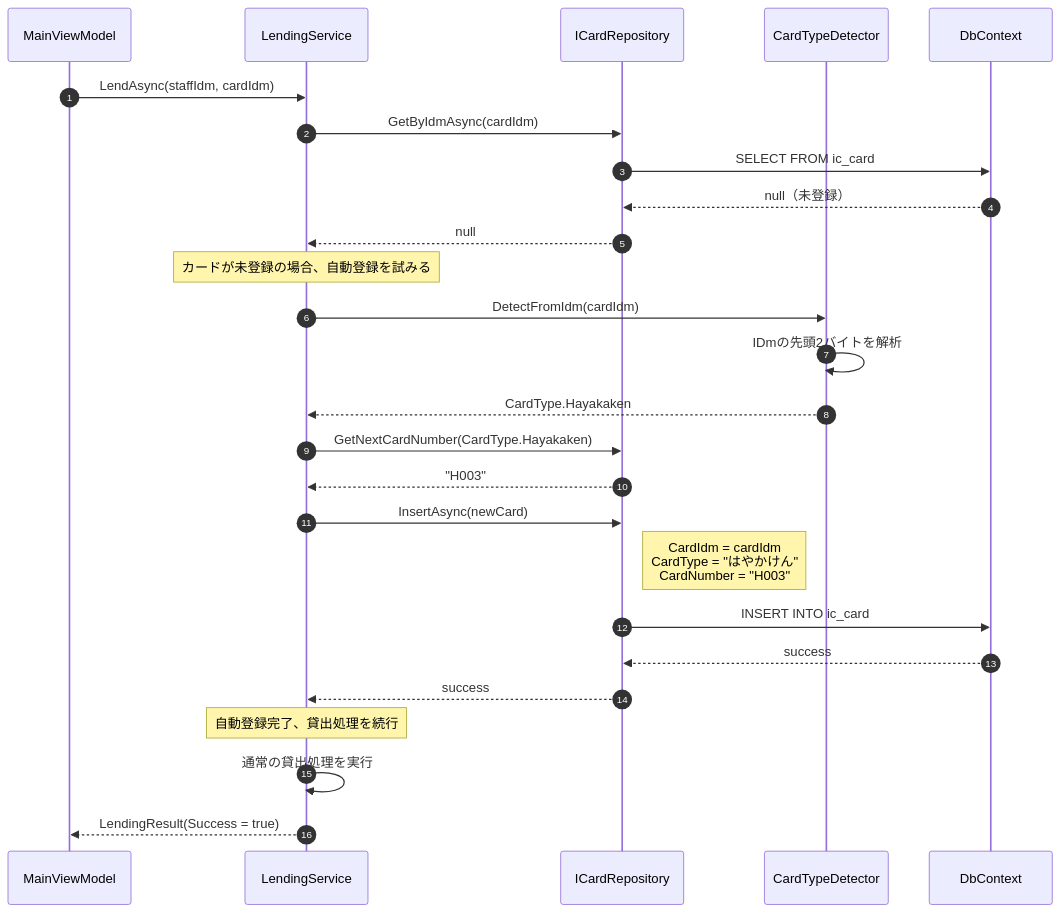
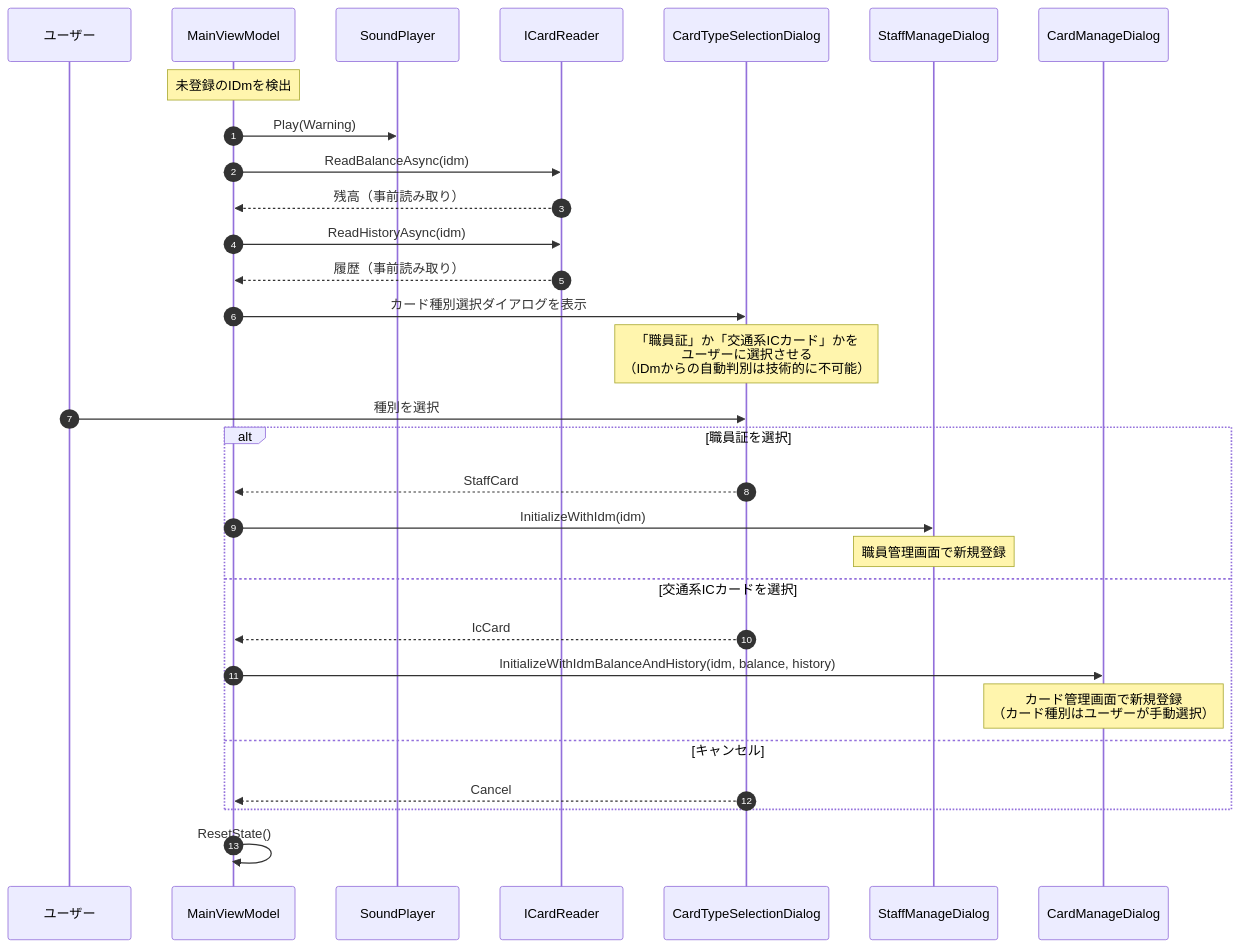
The sixth of 14 diagrams in ICCardManager/docs/design/06_シーケンス図.md (kuwayamamasayuki/ICCardManager), drawn with Mermaid before and after one commit. The commit also changed other lines of this file and 3 other files, not shown here.

````diff
--- a/ICCardManager/docs/design/06_シーケンス図.md
+++ b/ICCardManager/docs/design/06_シーケンス図.md
@@ -304,36 +304,37 @@
 ```mermaid
 sequenceDiagram
     autonumber
+    participant User as ユーザー
     participant VM as MainViewModel
-    participant LS as LendingService
-    participant CR as ICardRepository
-    participant CD as CardTypeDetector
-    participant DB as DbContext
+    participant Sound as SoundPlayer
+    participant Reader as ICardReader
+    participant Dialog as CardTypeSelectionDialog
+    participant StaffDlg as StaffManageDialog
+    participant CardDlg as CardManageDialog
 
-    VM->>LS: LendAsync(staffIdm, cardIdm)
+    Note over VM: 未登録のIDmを検出
 
-    LS->>CR: GetByIdmAsync(cardIdm)
-    CR->>DB: SELECT FROM ic_card
-    DB-->>CR: null（未登録）
-    CR-->>LS: null
+    VM->>Sound: Play(Warning)
+    VM->>Reader: ReadBalanceAsync(idm)
+    Reader-->>VM: 残高（事前読み取り）
+    VM->>Reader: ReadHistoryAsync(idm)
+    Reader-->>VM: 履歴（事前読み取り）
 
-    Note over LS: カードが未登録の場合、自動登録を試みる
+    VM->>Dialog: カード種別選択ダイアログを表示
+    Note over Dialog: 「職員証」か「交通系ICカード」かを<br/>ユーザーに選択させる<br/>（IDmからの自動判別は技術的に不可能）
+    User->>Dialog: 種別を選択
 
-    LS->>CD: DetectFromIdm(cardIdm)
-    CD->>CD: IDmの先頭2バイトを解析
-    CD-->>LS: CardType.Hayakaken
+    alt 職員証を選択
+        Dialog-->>VM: StaffCard
+        VM->>StaffDlg: InitializeWithIdm(idm)
+        Note over StaffDlg: 職員管理画面で新規登録
+    else 交通系ICカードを選択
+        Dialog-->>VM: IcCard
+        VM->>CardDlg: InitializeWithIdmBalanceAndHistory(idm, balance, history)
+        Note over CardDlg: カード管理画面で新規登録<br/>（カード種別はユーザーが手動選択）
+    else キャンセル
+        Dialog-->>VM: Cancel
+    end
 
-    LS->>CR: GetNextCardNumber(CardType.Hayakaken)
-    CR-->>LS: "H003"
-
-    LS->>CR: InsertAsync(newCard)
-    Note right of CR: CardIdm = cardIdm<br/>CardType = "はやかけん"<br/>CardNumber = "H003"
-    CR->>DB: INSERT INTO ic_card
-    DB-->>CR: success
-    CR-->>LS: success
-
-    Note over LS: 自動登録完了、貸出処理を続行
-
-    LS->>LS: 通常の貸出処理を実行
-    LS-->>VM: LendingResult(Success = true)
+    VM->>VM: ResetState()
 ```
````
